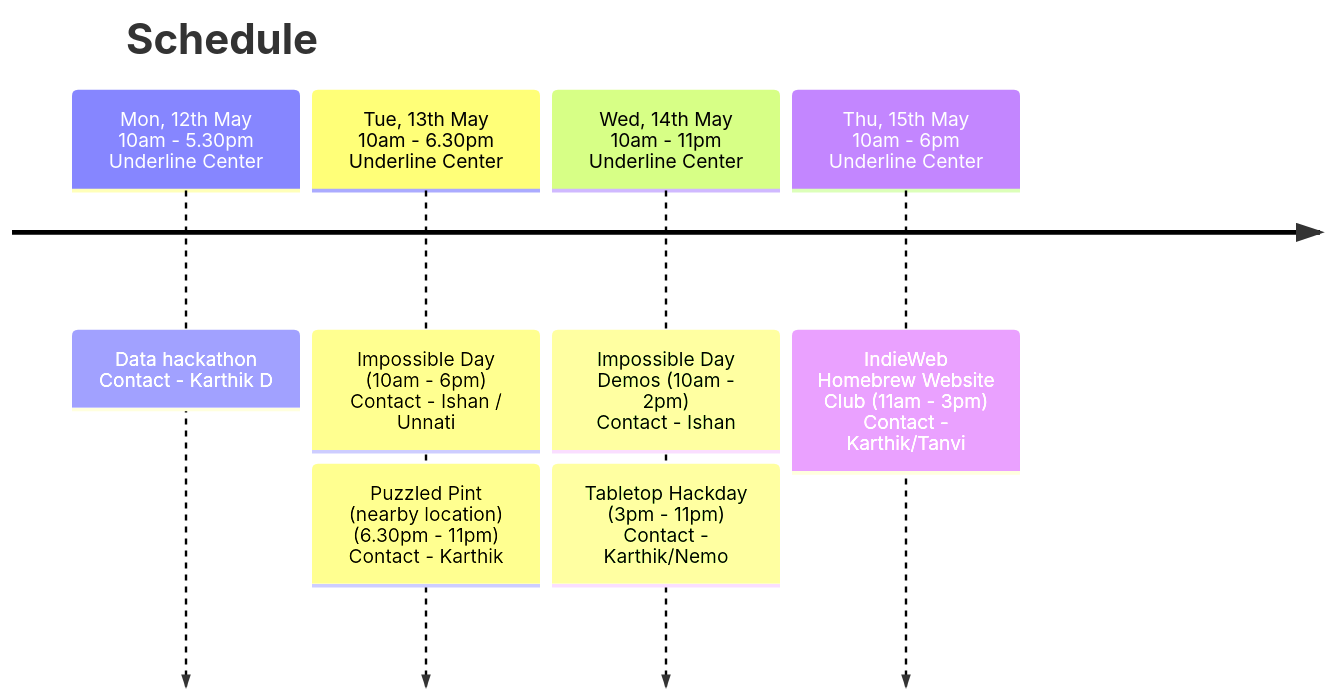
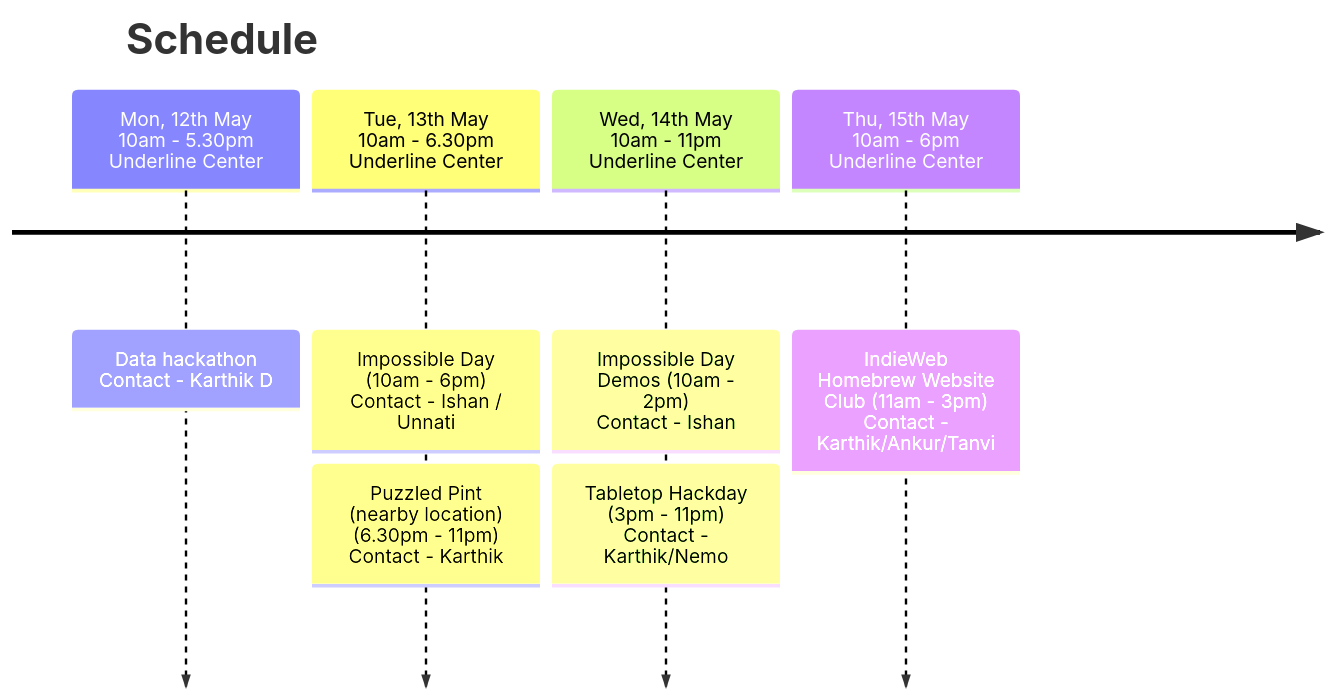
One commit to karthikb351/recurse-ngw-2025 changed the diagram in README.md. Above: the diagram before and after it, drawn with Mermaid. The commit also changed other lines of this file, not shown here.

````diff
--- a/README.md
+++ b/README.md
@@ -5,10 +5,10 @@
 ```mermaid
 timeline
     title Schedule
     Mon, 12th May <br> 10am - 5.30pm <br> Underline Center :  Data hackathon <br><br> Contact - Karthik D
     Tue, 13th May <br> 10am - 6.30pm <br> Underline Center : Impossible Day (10am - 6pm) <br><br> Contact - Ishan / Unnati
         : Puzzled Pint (nearby location) <br> (6.30pm - 11pm) <br><br> Contact - Karthik
     Wed, 14th May <br> 10am - 11pm <br> Underline Center  : Impossible Day Demos (10am - 2pm) <br><br> Contact - Ishan
         : Tabletop Hackday (3pm - 11pm) <br><br> Contact - Karthik/Nemo
-    Thu, 15th May <br> 10am - 6pm <br> Underline Center  : IndieWeb Homebrew Website Club (11am - 3pm) <br><br> Contact - Karthik/Tanvi
+    Thu, 15th May <br> 10am - 6pm <br> Underline Center  : IndieWeb Homebrew Website Club (11am - 3pm) <br><br> Contact - Karthik/Ankur/Tanvi
 ```
````
